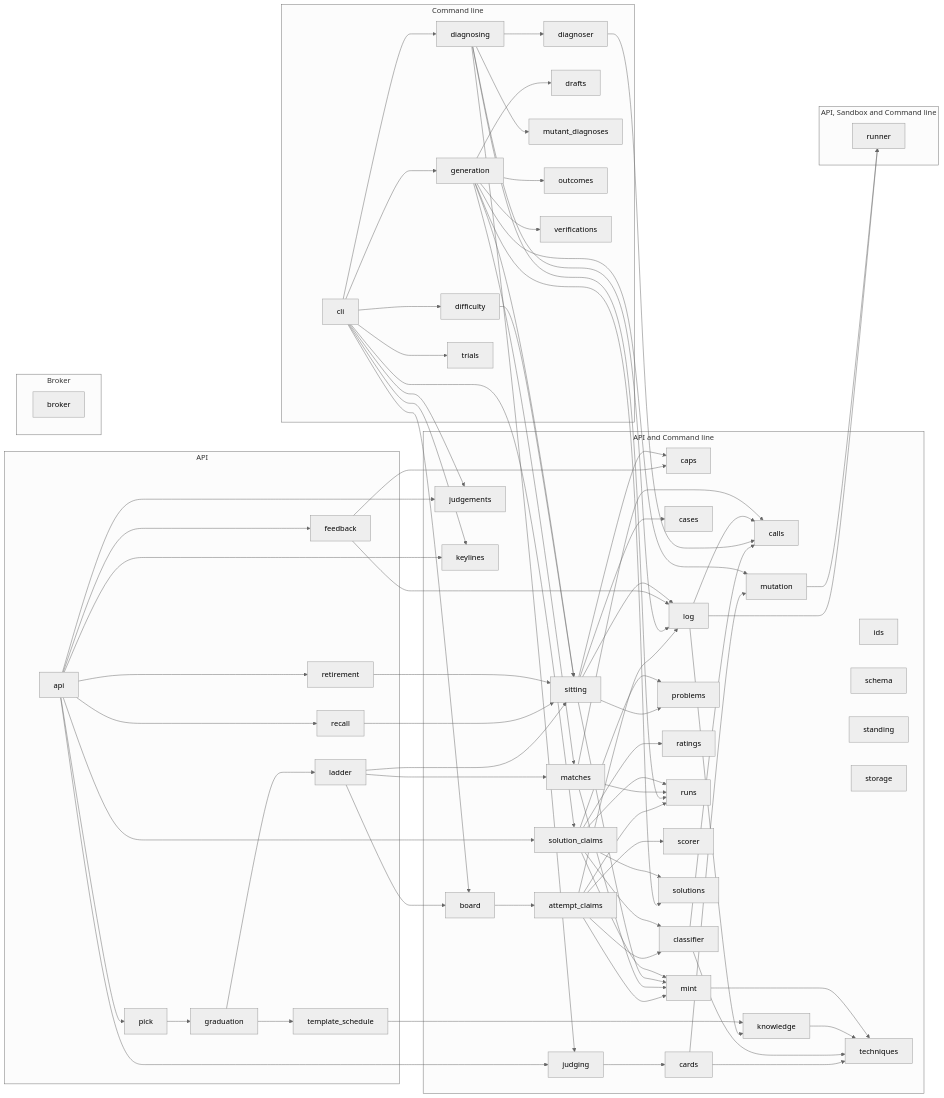
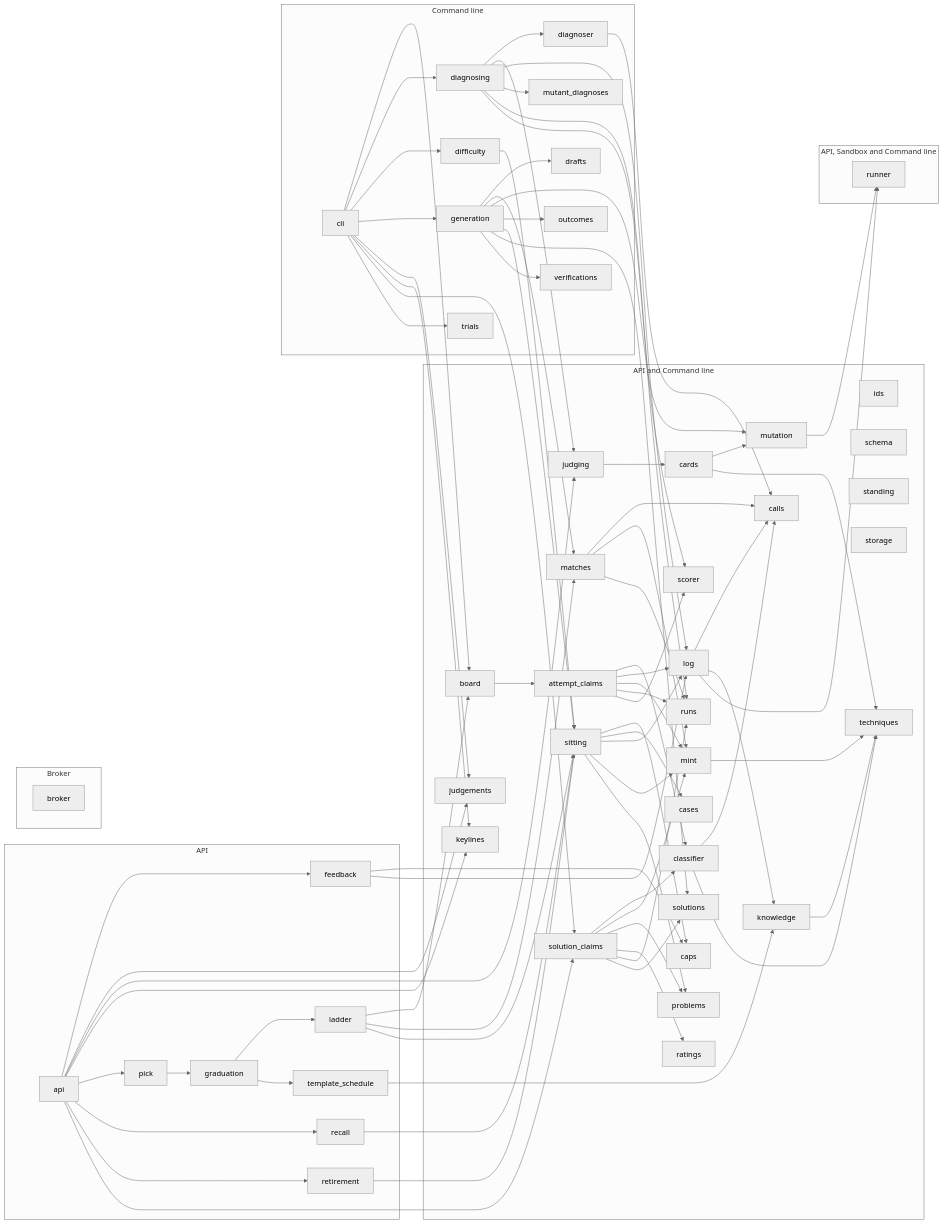
Before and after one commit to climbance/climbance: the diagram in docs/architecture/modules.md, drawn with Mermaid (neutral theme). The commit also changed 5 other files, not shown here.

```diff
--- a/docs/architecture/modules.md
+++ b/docs/architecture/modules.md
@@ -123,6 +123,7 @@
     climb_diagnosing --> climb_log
     climb_diagnosing --> climb_mutant_diagnoses
     climb_diagnosing --> climb_runs
+    climb_diagnosing --> climb_scorer
     climb_difficulty --> climb_sitting
     climb_feedback --> climb_caps
     climb_feedback --> climb_log
```
